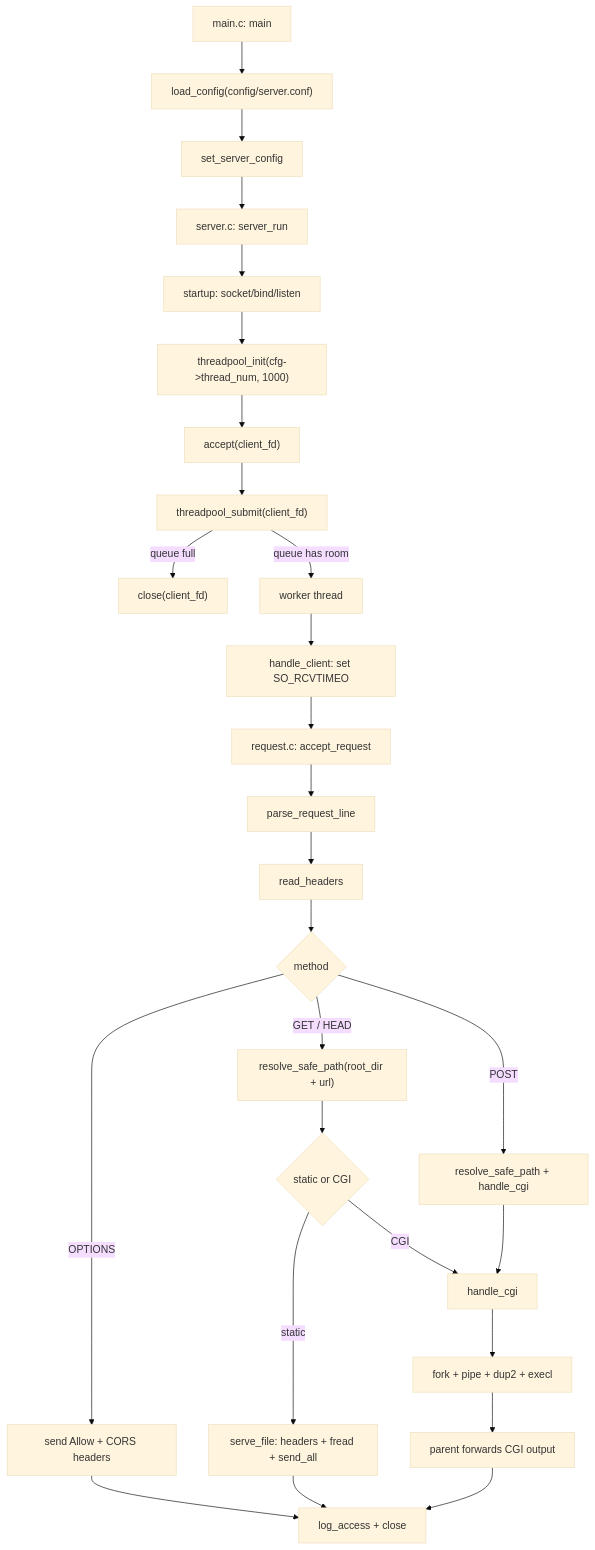
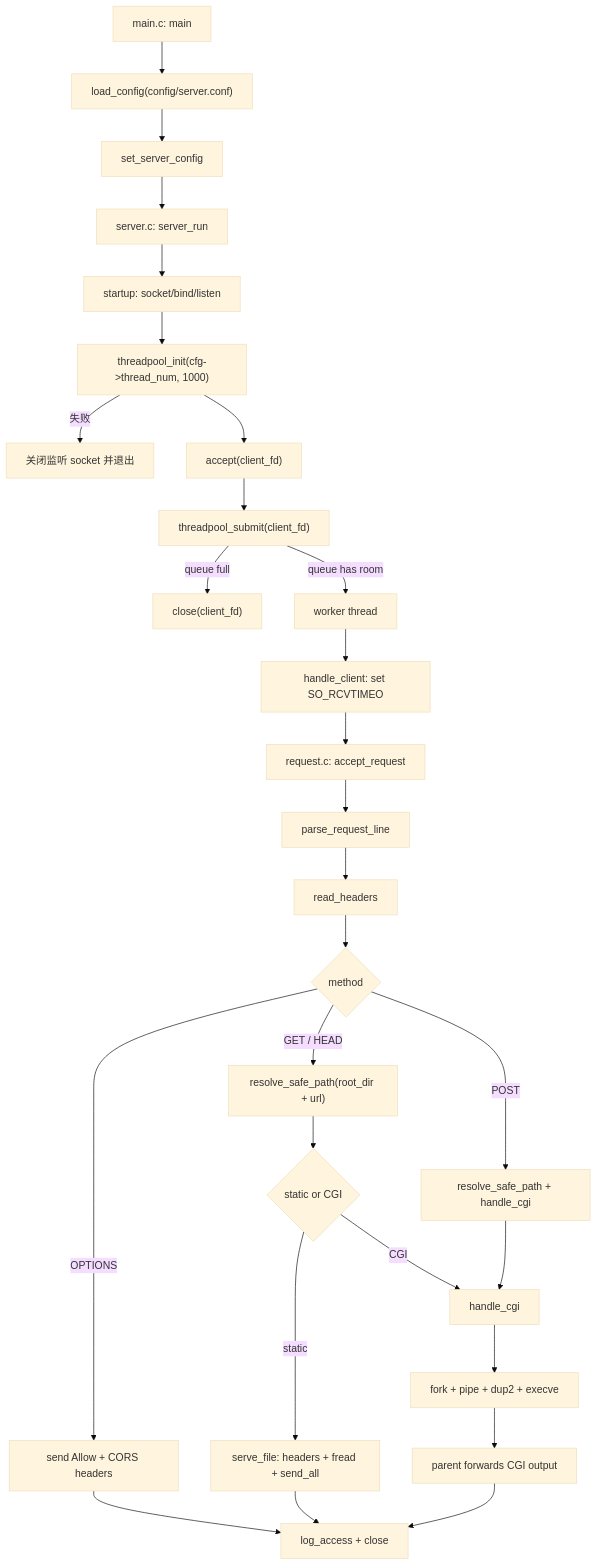
The diagram in README.md (Harmonia0908/tinyhttpd-plus), drawn with Mermaid (base theme) before and after one commit. The commit also changed other lines of this file and 3 other files, not shown here.

Commit message:
Document architecture testing and limits

````diff
--- a/README.md
+++ b/README.md
@@ -135,29 +139,30 @@
 ```mermaid
 flowchart TD
     A["main.c: main"] --> B["load_config(config/server.conf)"]
     B --> C["set_server_config"]
     C --> D["server.c: server_run"]
     D --> E["startup: socket/bind/listen"]
     E --> F["threadpool_init(cfg->thread_num, 1000)"]
+    F -->|失败| X["关闭监听 socket 并退出"]
     F --> G["accept(client_fd)"]
     G --> H["threadpool_submit(client_fd)"]
     H -->|queue full| Z["close(client_fd)"]
     H -->|queue has room| I["worker thread"]
     I --> J["handle_client: set SO_RCVTIMEO"]
     J --> K["request.c: accept_request"]
     K --> L["parse_request_line"]
     L --> M["read_headers"]
     M --> N{"method"}
     N -->|OPTIONS| O["send Allow + CORS headers"]
     N -->|GET / HEAD| P["resolve_safe_path(root_dir + url)"]
     N -->|POST| Q["resolve_safe_path + handle_cgi"]
     P --> R{"static or CGI"}
     R -->|static| S["serve_file: headers + fread + send_all"]
     R -->|CGI| T["handle_cgi"]
     Q --> T
-    T --> U["fork + pipe + dup2 + execl"]
+    T --> U["fork + pipe + dup2 + execve"]
     U --> V["parent forwards CGI output"]
     O --> W["log_access + close"]
     S --> W
     V --> W
 ```
````
